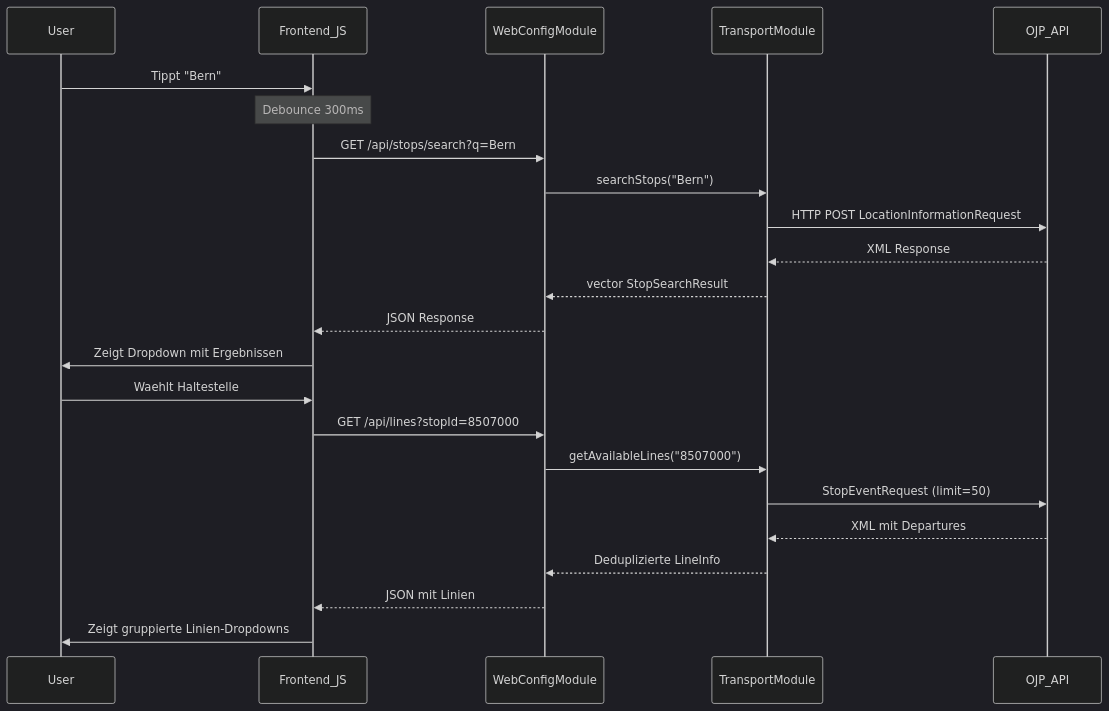
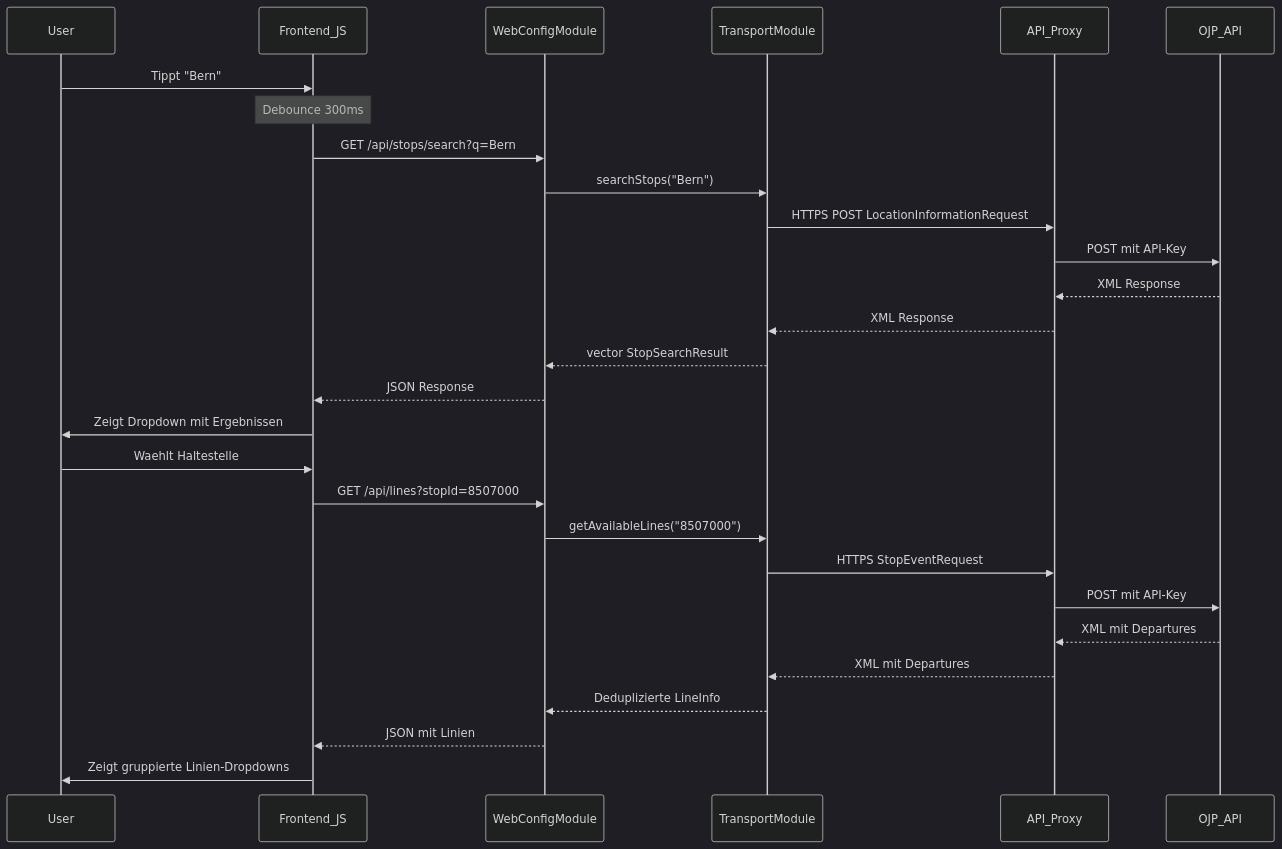
Before and after one commit to Mahboob22-bit/crowpanel-oev-display: the third of 5 diagrams in ARCHITECTURE.md, drawn with Mermaid (dark theme). The commit also changed other lines of this file and 2 other files, not shown here.

First line of the commit message:
Update requirements and architecture documentation for OTA features and security enhancements

````diff
--- a/ARCHITECTURE.md
+++ b/ARCHITECTURE.md
@@ -70,26 +98,31 @@
 ```mermaid
 sequenceDiagram
     participant User
     participant Frontend as Frontend_JS
     participant WebConfig as WebConfigModule
     participant Transport as TransportModule
+    participant Proxy as API_Proxy
     participant OJP as OJP_API
 
     User->>Frontend: Tippt "Bern"
     Note over Frontend: Debounce 300ms
     Frontend->>WebConfig: GET /api/stops/search?q=Bern
     WebConfig->>Transport: searchStops("Bern")
-    Transport->>OJP: HTTP POST LocationInformationRequest
-    OJP-->>Transport: XML Response
+    Transport->>Proxy: HTTPS POST LocationInformationRequest
+    Proxy->>OJP: POST mit API-Key
+    OJP-->>Proxy: XML Response
+    Proxy-->>Transport: XML Response
     Transport-->>WebConfig: vector StopSearchResult
     WebConfig-->>Frontend: JSON Response
     Frontend->>User: Zeigt Dropdown mit Ergebnissen
     User->>Frontend: Waehlt Haltestelle
     Frontend->>WebConfig: GET /api/lines?stopId=8507000
     WebConfig->>Transport: getAvailableLines("8507000")
-    Transport->>OJP: StopEventRequest (limit=50)
-    OJP-->>Transport: XML mit Departures
+    Transport->>Proxy: HTTPS StopEventRequest
+    Proxy->>OJP: POST mit API-Key
+    OJP-->>Proxy: XML mit Departures
+    Proxy-->>Transport: XML mit Departures
     Transport-->>WebConfig: Deduplizierte LineInfo
     WebConfig-->>Frontend: JSON mit Linien
     Frontend->>User: Zeigt gruppierte Linien-Dropdowns
 ```
````
